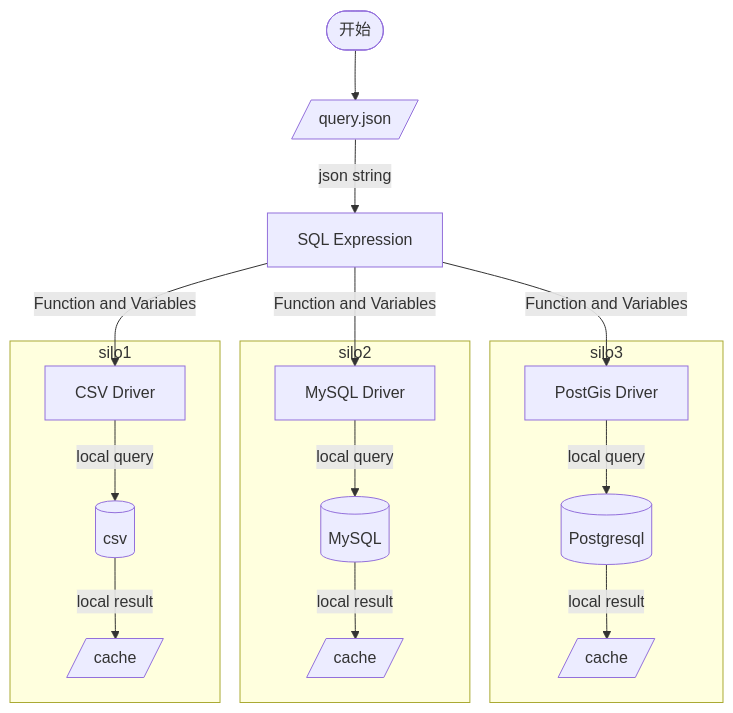
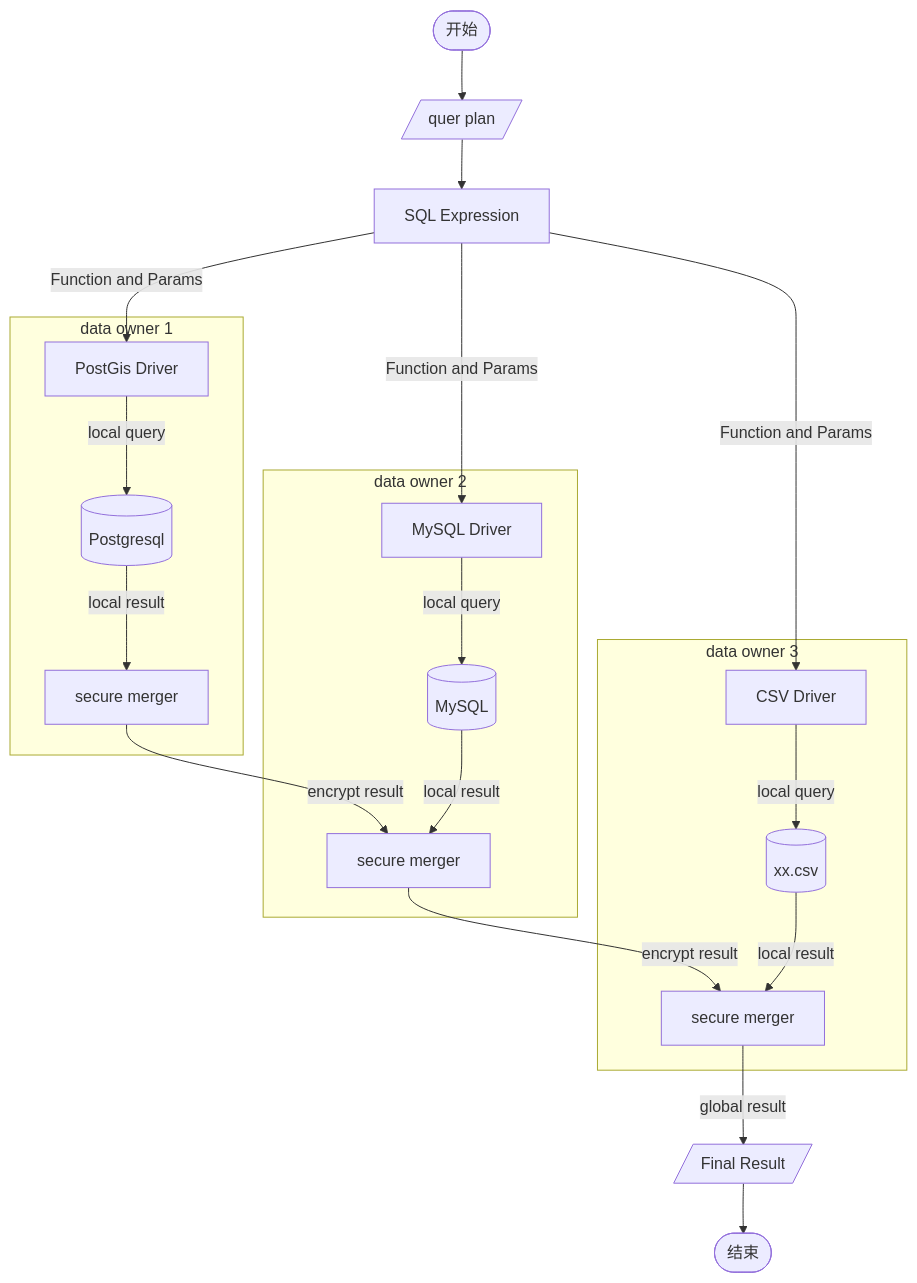
Before and after one commit to ChengziCao/FederateDBSystem: the diagram in README.md, drawn with Mermaid. The commit also changed other lines of this file and 14 other files, not shown here.

````diff
--- a/README.md
+++ b/README.md
@@ -35,29 +33,34 @@
 ```mermaid
 graph TD
     start([开始])
-    start-->d1_input2
+    start-->input
 
-d1_input2[/query.json/]    
-d1_input2-->|json string|d1_expresssion[SQL Expression]
+input[/quer plan/]    
+input-->expresssion[SQL Expression]
 
-d1_expresssion-->|"Function and Variables"|Driver_A[(Database A)]
-d1_expresssion-->|"Function and Variables"|Driver_B[(Database A)]
-d1_expresssion-->|"Function and Variables"|Driver_C[(Database A)]
+expresssion-->|"Function and Params"|Driver_A[(Database A)]
+expresssion-->|"Function and Params"|Driver_B[(Database A)]
+expresssion-->|"Function and Params"|Driver_C[(Database A)]
 
 
-subgraph silo3
-    Driver_A[PostGis Driver] -->|local query| DB_A[(Postgresql)]
-    DB_A -->|local result| cache_A[/cache/]
-   
+
+op1 --> |encrypt result| op2
+subgraph data owner 2
+    Driver_B[MySQL Driver] -->|local query| DB_B[(MySQL)]
+   DB_B -->|local result| op2[secure merger]
 end
 
-subgraph silo2
-    Driver_B[MySQL Driver] -->|local query| DB_B[(MySQL)]
-   DB_B -->|local result| cache_B[/cache/]
+op2 --> |encrypt result| op3
+subgraph data owner 1
+    Driver_A[PostGis Driver] -->|local query| DB_A[(Postgresql)]
+    DB_A -->|local result| op1[secure merger]
 end
 
-subgraph silo1
-    Driver_C[CSV Driver] -->|local query| DB_C[(csv)]
-    DB_C -->|local result| cache_C[/cache/]
+subgraph data owner 3
+    Driver_C[CSV Driver] -->|local query| DB_C[(xx.csv)]
+    DB_C -->|local result|op3[secure merger]
 end
+
+op3-->|global result| final_resulat[/Final Result/]
+final_resulat-->end_([结束])
 ```
````
